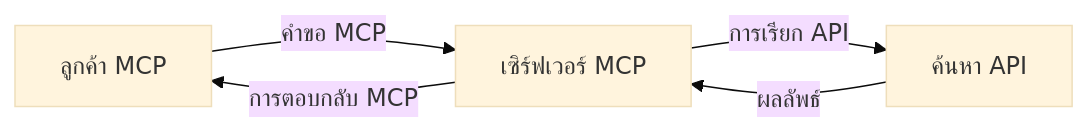
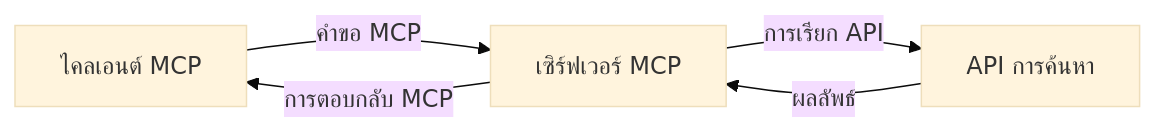
One commit to microsoft/mcp-for-beginners changed the second of 4 diagrams in translations/th/05-AdvancedTopics/mcp-realtimesearch/README.md. Above: the diagram before and after it, drawn with Mermaid (base theme). The commit also changed other lines of this file and 148 other files, not shown here.

````diff
--- a/translations/th/05-AdvancedTopics/mcp-realtimesearch/README.md
+++ b/translations/th/05-AdvancedTopics/mcp-realtimesearch/README.md
@@ -598,7 +600,7 @@
 ```mermaid
 graph LR
-    Client[ลูกค้า MCP] --> |คำขอ MCP| Server[เซิร์ฟเวอร์ MCP]
-    Server --> |การเรียก API| SearchAPI[ค้นหา API]
+    Client[ไคลเอนต์ MCP] --> |คำขอ MCP| Server[เซิร์ฟเวอร์ MCP]
+    Server --> |การเรียก API| SearchAPI[API การค้นหา]
     SearchAPI --> |ผลลัพธ์| Server
     Server --> |การตอบกลับ MCP| Client
 ```
````
